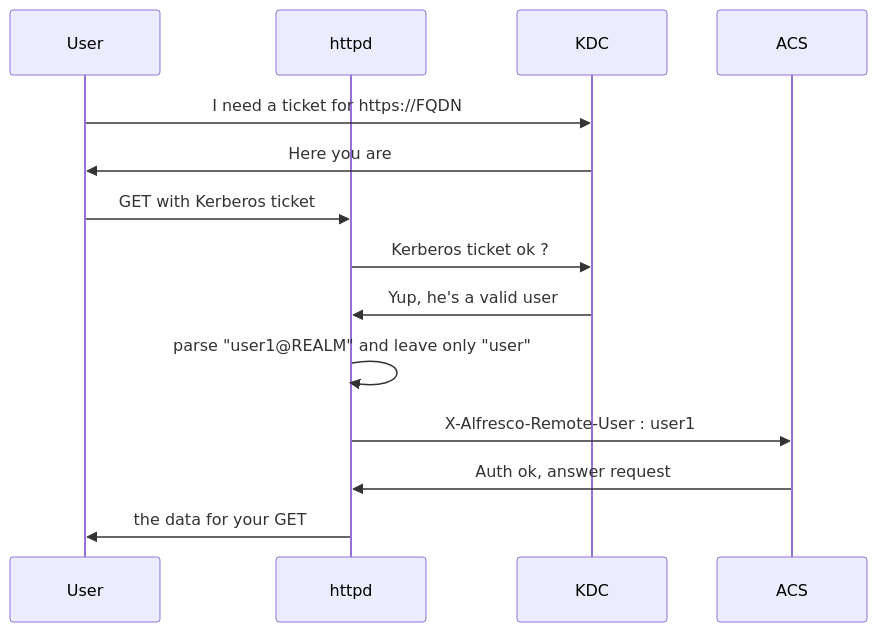
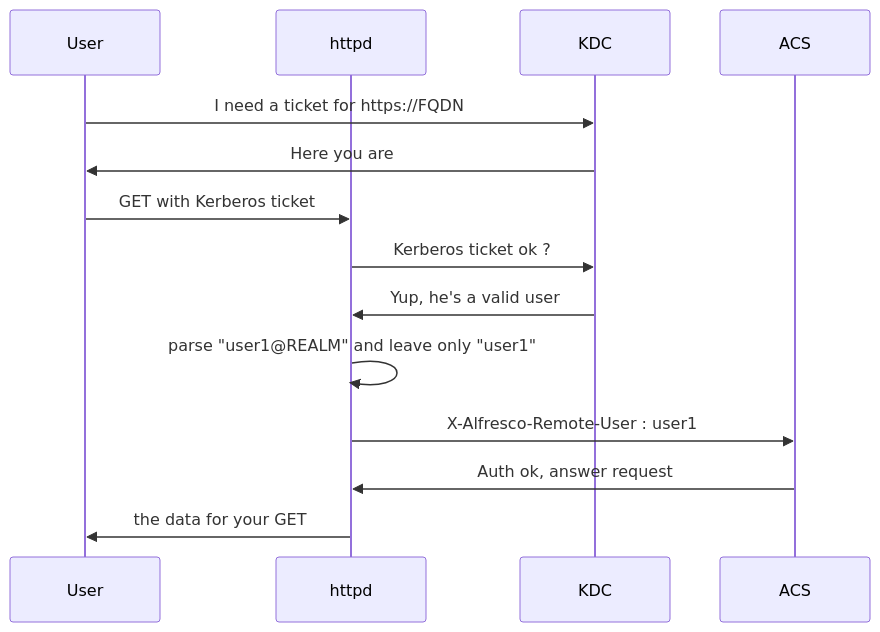
Before and after one commit to papinifrancesco/Alfresco: the second of 2 diagrams in reverse proxy/really working Kerberos authentication.md, drawn with Mermaid. The commit also changed other lines of this file, not shown here.

````diff
--- a/reverse proxy/really working Kerberos authentication.md
+++ b/reverse proxy/really working Kerberos authentication.md
@@ -35,16 +31,16 @@
 ```mermaid
 sequenceDiagram
     participant User
     participant httpd
     participant KDC
     participant ACS
     User->>KDC: I need a ticket for https://FQDN
     KDC->>User: Here you are
     User->>httpd: GET with Kerberos ticket
     httpd->>KDC: Kerberos ticket ok ?
     KDC->>httpd: Yup, he's a valid user
-    httpd->>httpd: parse "user1@REALM" and leave only "user"
+    httpd->>httpd: parse "user1@REALM" and leave only "user1"
     httpd->>ACS: X-Alfresco-Remote-User : user1
     ACS->>httpd: Auth ok, answer request
     httpd->>User: the data for your GET
 ```
````
